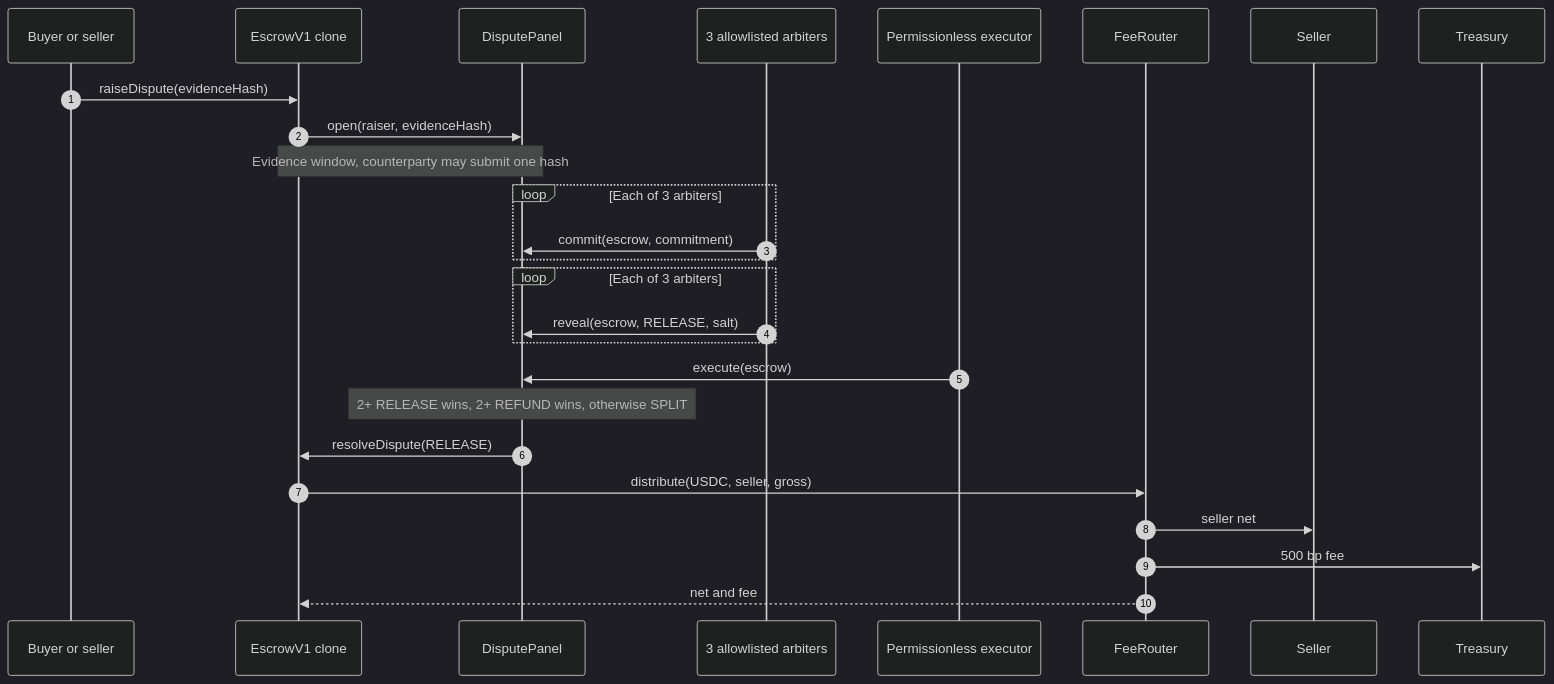
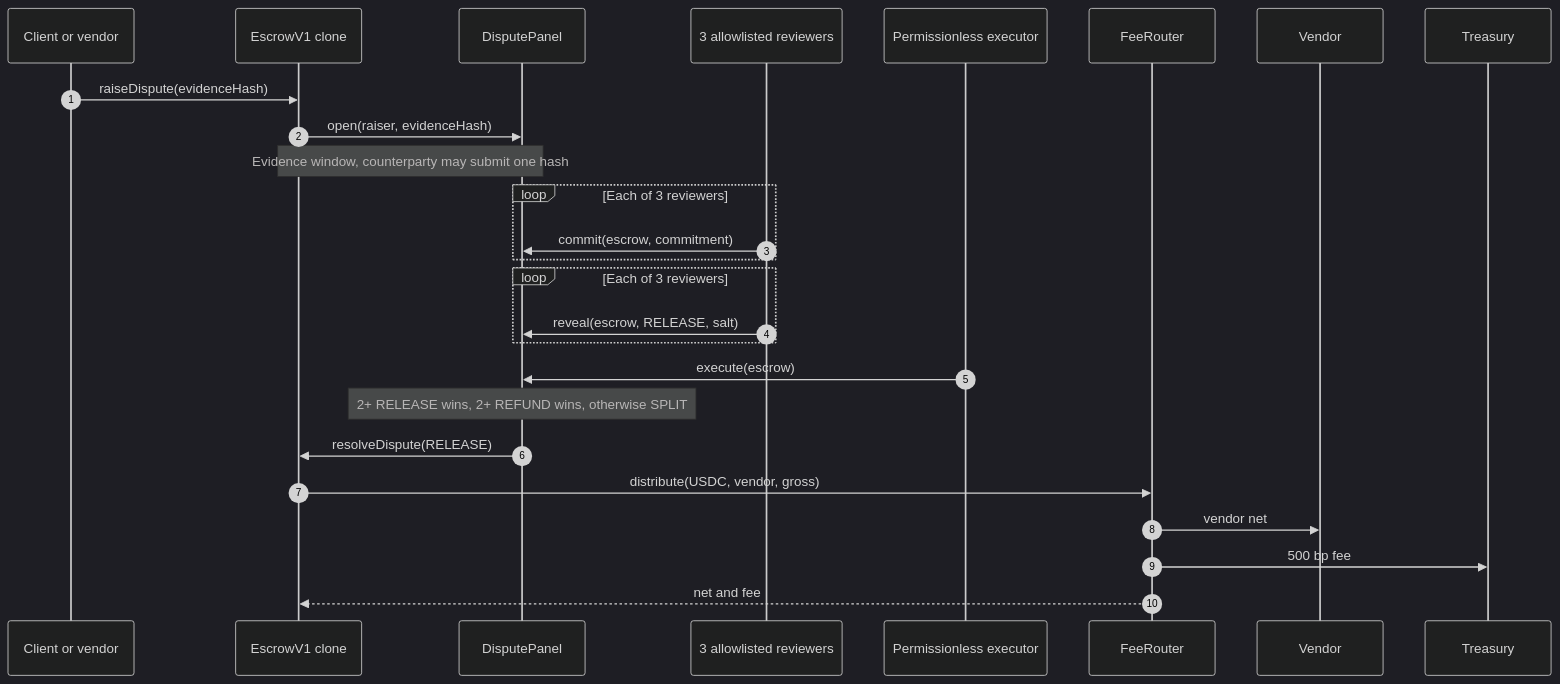
Before and after one commit to vAPI-Network/vapi-arc: the second of 2 diagrams in README.md, drawn with Mermaid (dark theme). The commit also changed other lines of this file and 6 other files, not shown here.

````diff
--- a/README.md
+++ b/README.md
@@ -95,29 +74,29 @@
 ```mermaid
 sequenceDiagram
     autonumber
-    participant B as Buyer or seller
+    participant C as Client or vendor
     participant E as EscrowV1 clone
     participant P as DisputePanel
-    participant A as 3 allowlisted arbiters
+    participant R as 3 allowlisted reviewers
     participant X as Permissionless executor
     participant F as FeeRouter
-    participant S as Seller
+    participant V as Vendor
     participant T as Treasury
 
-    B->>E: raiseDispute(evidenceHash)
+    C->>E: raiseDispute(evidenceHash)
     E->>P: open(raiser, evidenceHash)
     Note over E,P: Evidence window, counterparty may submit one hash
-    loop Each of 3 arbiters
-        A->>P: commit(escrow, commitment)
+    loop Each of 3 reviewers
+        R->>P: commit(escrow, commitment)
     end
-    loop Each of 3 arbiters
-        A->>P: reveal(escrow, RELEASE, salt)
+    loop Each of 3 reviewers
+        R->>P: reveal(escrow, RELEASE, salt)
     end
     X->>P: execute(escrow)
     Note over P: 2+ RELEASE wins, 2+ REFUND wins, otherwise SPLIT
     P->>E: resolveDispute(RELEASE)
-    E->>F: distribute(USDC, seller, gross)
-    F->>S: seller net
+    E->>F: distribute(USDC, vendor, gross)
+    F->>V: vendor net
     F->>T: 500 bp fee
     F-->>E: net and fee
 ```
````
